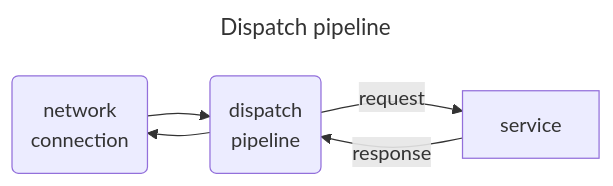
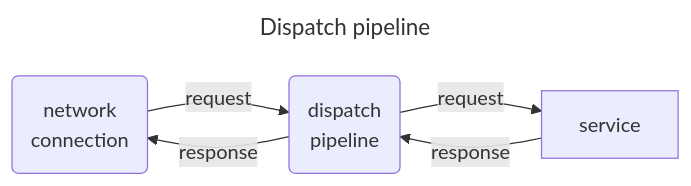
Before and after one commit to icerpc/icerpc-csharp: the second of 2 diagrams in README.md, drawn with Mermaid. The commit also changed other lines of this file, not shown here.

````diff
--- a/README.md
+++ b/README.md
@@ -81,7 +81,7 @@
 ```mermaid
 ---
 title: Dispatch pipeline
 ---
 flowchart LR
-    connection(network\nconnection) --> dp(dispatch\npipeline) -- request --> service -- response --> dp --> connection
+    connection(network\nconnection) -- request --> dp(dispatch\npipeline) -- request --> service -- response --> dp -- response --> connection
 ```
````
